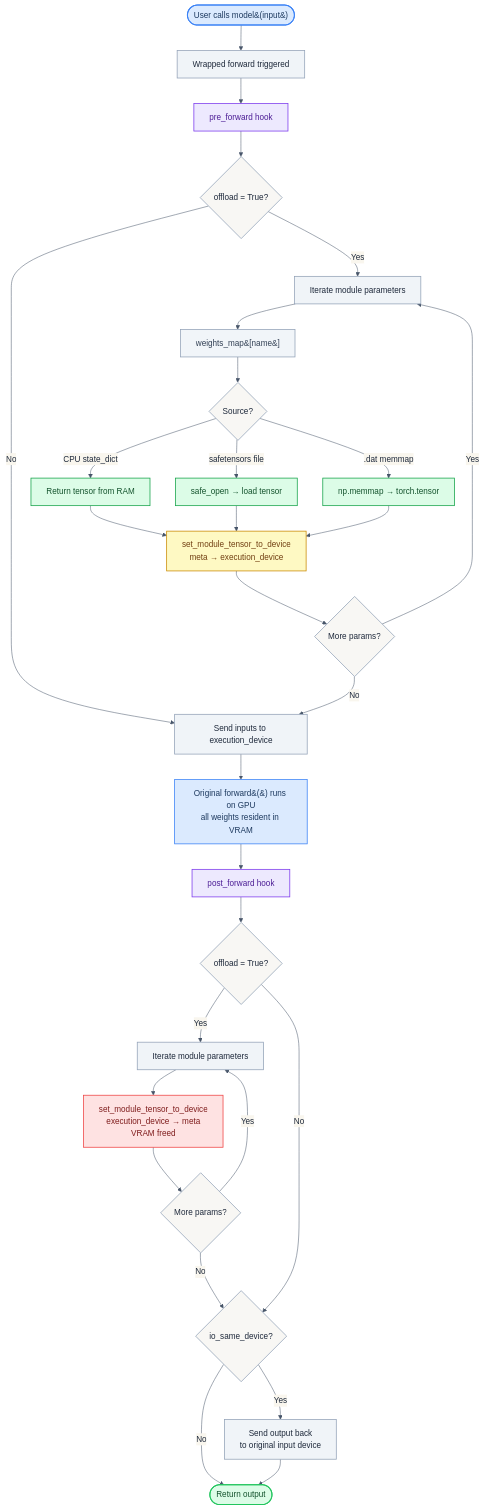
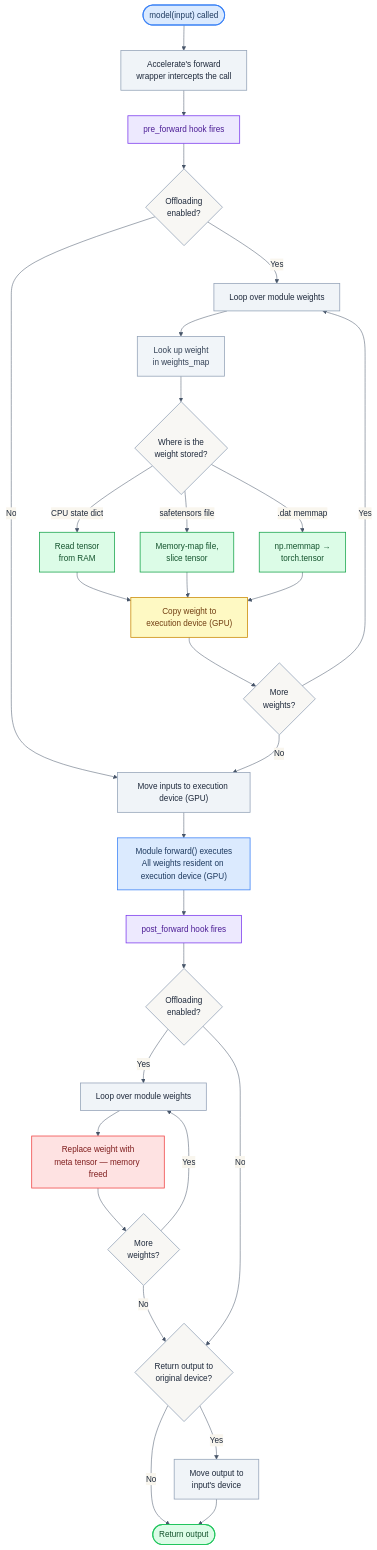
The diagram in src/blogs/llmoptimizations/offload-chart.mmd (Pranshu258/Pranshu258.github.io), drawn with Mermaid before and after one commit. The commit also changed 2 other files, not shown here.

Commit message:
updated chart

```diff
--- a/src/blogs/llmoptimizations/offload-chart.mmd
+++ b/src/blogs/llmoptimizations/offload-chart.mmd
@@ -1,46 +1,46 @@
 %%{init: {"theme": "base", "themeVariables": {"primaryColor": "#f0f4f8", "primaryTextColor": "#1e293b", "primaryBorderColor": "#94a3b8", "lineColor": "#475569", "secondaryColor": "#f8fafc", "tertiaryColor": "#f0f4f8", "background": "#f9f6ee", "mainBkg": "#f0f4f8", "nodeBorder": "#94a3b8", "clusterBkg": "#f8fafc", "titleColor": "#1e293b", "edgeLabelBackground": "#f9f6ee", "edgeLabelColor": "#1e293b"}}}%%
 flowchart TD
-    A(["User calls model&#40;input&#41;"]):::start --> B[Wrapped forward triggered]:::process
-    B --> C[pre_forward hook]:::hook
+    A(["model(input) called"]):::start --> B["Accelerate's forward<br/>wrapper intercepts the call"]:::process
+    B --> C["pre_forward hook fires"]:::hook
 
-    C --> D{offload = True?}:::decision
-    D -- No --> E[Send inputs to execution_device]:::process
-    D -- Yes --> F[Iterate module parameters]:::process
+    C --> D{"Offloading<br/>enabled?"}:::decision
+    D -- No --> E["Move inputs to execution device (GPU)"]:::process
+    D -- Yes --> F["Loop over module weights"]:::process
 
-    F --> G["weights_map&#91;name&#93;"]:::lookup
-    G --> H{Source?}:::decision
-    H -- CPU state_dict --> I[Return tensor from RAM]:::cpu
-    H -- safetensors file --> J[safe_open → load tensor]:::cpu
-    H -- .dat memmap --> K[np.memmap → torch.tensor]:::cpu
+    F --> G["Look up weight<br/>in weights_map"]:::lookup
+    G --> H{"Where is the<br/>weight stored?"}:::decision
+    H -- "CPU state dict" --> I["Read tensor<br/>from RAM"]:::cpu
+    H -- "safetensors file" --> J["Memory-map file,<br/>slice tensor"]:::cpu
+    H -- ".dat memmap" --> K["np.memmap →<br/>torch.tensor"]:::cpu
 
-    I & J & K --> L["set_module_tensor_to_device<br/>meta → execution_device"]:::transfer
-    L --> M{More params?}:::decision
+    I & J & K --> L["Copy weight to<br/>execution device (GPU)"]:::transfer
+    L --> M{"More<br/>weights?"}:::decision
     M -- Yes --> F
     M -- No --> E
 
-    E --> N["Original forward&#40;&#41; runs on GPU<br/>all weights resident in VRAM"]:::gpu
+    E --> N["Module forward() executes<br/>All weights resident on execution device (GPU)"]:::gpu
 
-    N --> O[post_forward hook]:::hook
-    O --> P{offload = True?}:::decision
-    P -- Yes --> Q[Iterate module parameters]:::process
-    Q --> R["set_module_tensor_to_device<br/>execution_device → meta<br/>VRAM freed"]:::evict
-    R --> S{More params?}:::decision
+    N --> O["post_forward hook fires"]:::hook
+    O --> P{"Offloading<br/>enabled?"}:::decision
+    P -- Yes --> Q["Loop over module weights"]:::process
+    Q --> R["Replace weight with<br/>meta tensor — memory freed"]:::evict
+    R --> S{"More<br/>weights?"}:::decision
     S -- Yes --> Q
     S -- No --> T
     P -- No --> T
 
-    T{io_same_device?}:::decision
-    T -- Yes --> U["Send output back<br/>to original input device"]:::process
+    T{"Return output to<br/>original device?"}:::decision
+    T -- Yes --> U["Move output to<br/>input's device"]:::process
     T -- No --> V
     U --> V(["Return output"]):::finish
 
     classDef start    fill:#dbeafe,stroke:#3b82f6,color:#1e3a5f,stroke-width:2px
     classDef finish   fill:#dcfce7,stroke:#22c55e,color:#14532d,stroke-width:2px
     classDef process  fill:#f0f4f8,stroke:#94a3b8,color:#1e293b,stroke-width:1.5px
     classDef hook     fill:#ede9fe,stroke:#7c3aed,color:#4c1d95,stroke-width:1.5px
     classDef decision fill:#f8f7f4,stroke:#94a3b8,color:#1e293b,stroke-width:1.5px
     classDef gpu      fill:#dbeafe,stroke:#3b82f6,color:#1e3a5f,stroke-width:1.5px
     classDef cpu      fill:#dcfce7,stroke:#16a34a,color:#14532d,stroke-width:1.5px
     classDef transfer fill:#fef9c3,stroke:#ca8a04,color:#713f12,stroke-width:1.5px
     classDef evict    fill:#fee2e2,stroke:#ef4444,color:#7f1d1d,stroke-width:1.5px
     classDef lookup   fill:#f1f5f9,stroke:#94a3b8,color:#334155,stroke-width:1.5px
```
